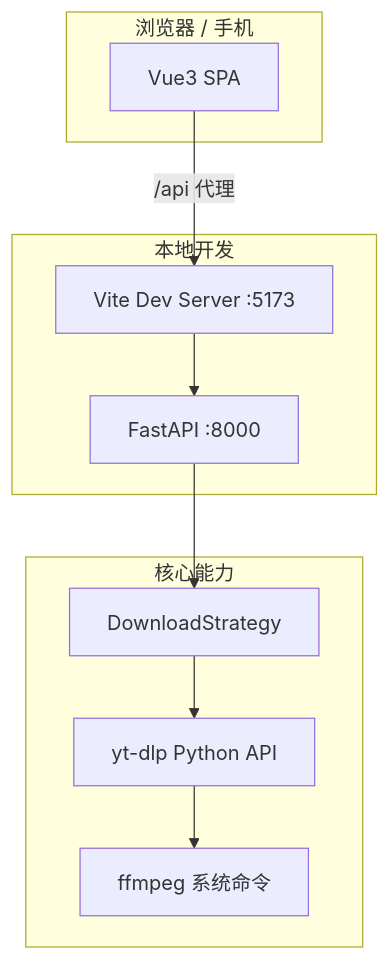
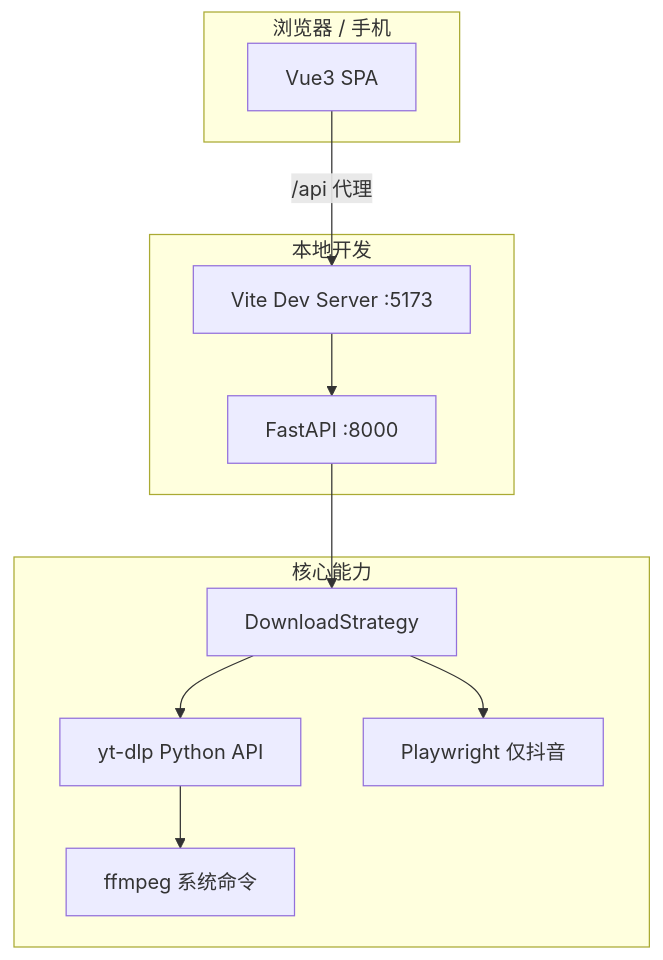
One commit to janyoshimoto309-oss/vedio-download changed the diagram in docs/02-技术方案.md. Above: the diagram before and after it, drawn with Mermaid. The commit also changed other lines of this file and 25 other files, not shown here.

````diff
--- a/docs/02-技术方案.md
+++ b/docs/02-技术方案.md
@@ -7,23 +7,25 @@
 ```mermaid
 flowchart TB
     subgraph Client[浏览器 / 手机]
         SPA[Vue3 SPA]
     end
 
     subgraph Dev[本地开发]
         Vite[Vite Dev Server :5173]
         API[FastAPI :8000]
     end
 
     subgraph Core[核心能力]
         YtDlp[yt-dlp Python API]
+        DyBrowser[Playwright 仅抖音]
         FFmpeg[ffmpeg 系统命令]
         Strategy[DownloadStrategy]
     end
 
     SPA -->|/api 代理| Vite
     Vite --> API
     API --> Strategy
     Strategy --> YtDlp
+    Strategy --> DyBrowser
     YtDlp --> FFmpeg
 ```
````
